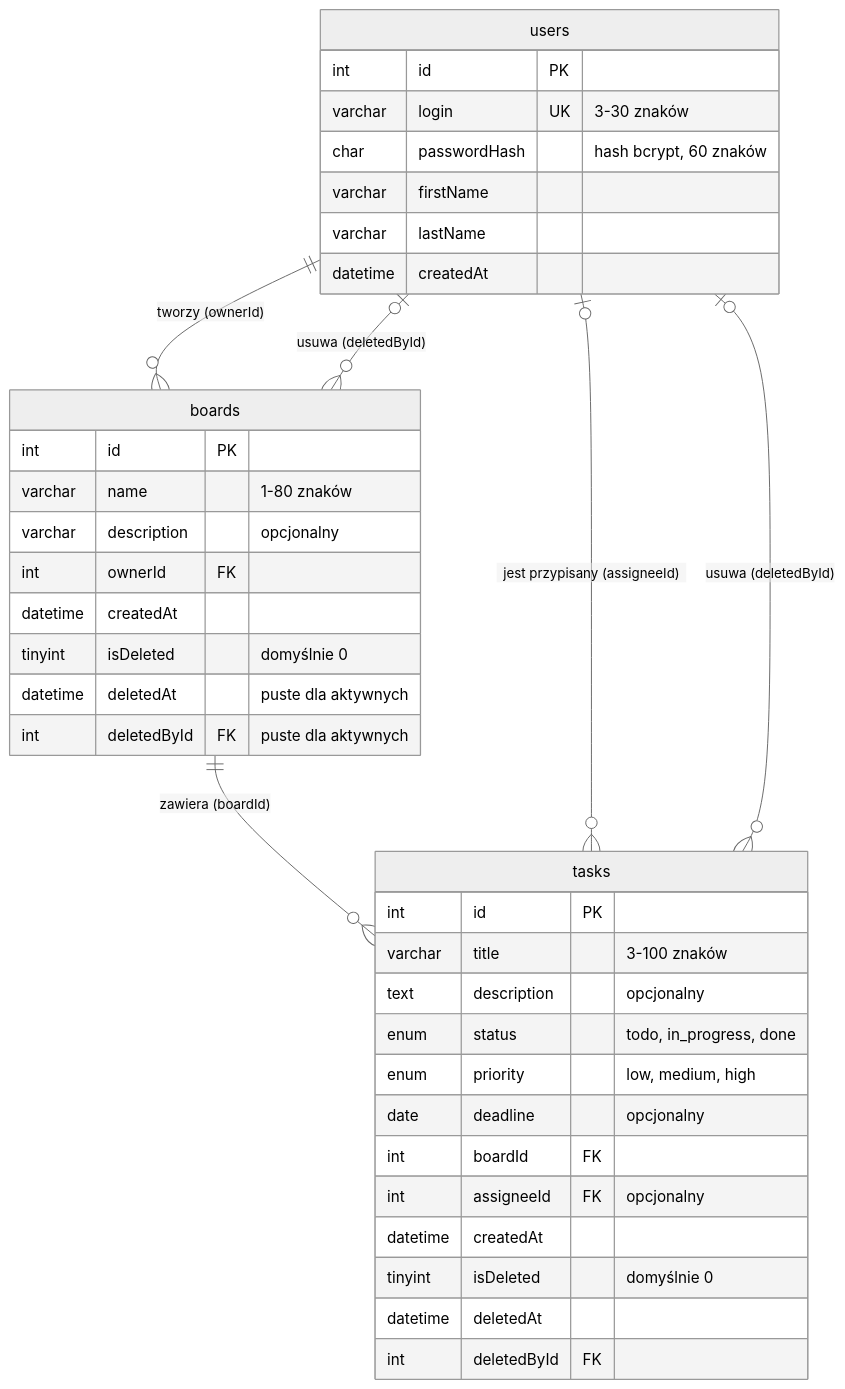
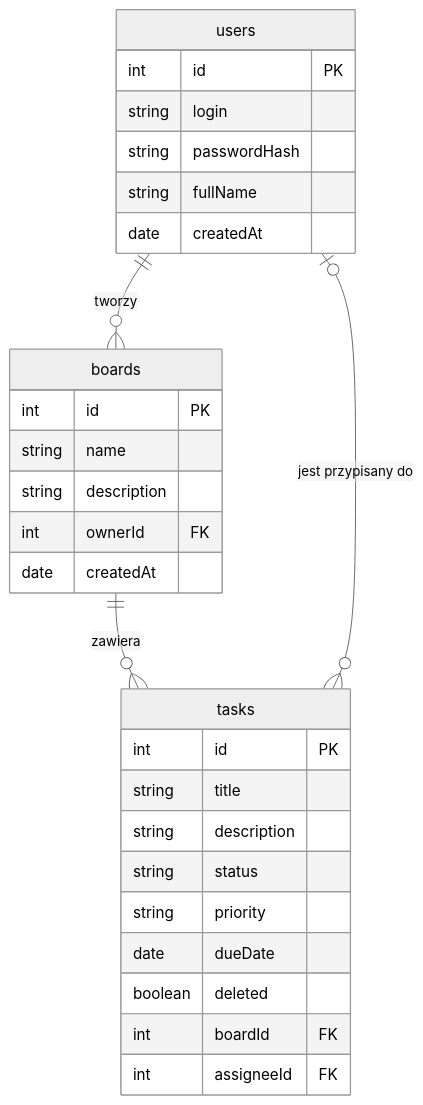
Before and after one commit to arnigget15-source/taskboard-artem-naumenko: the diagram in docs/dane.md, drawn with Mermaid (neutral theme). The commit also changed other lines of this file and 3 other files, not shown here.

````diff
--- a/docs/dane.md
+++ b/docs/dane.md
@@ -79,41 +59,32 @@
 ```mermaid
 erDiagram
-    users ||--o{ boards : "tworzy (ownerId)"
-    boards ||--o{ tasks : "zawiera (boardId)"
-    users |o--o{ tasks : "jest przypisany (assigneeId)"
-    users |o--o{ boards : "usuwa (deletedById)"
-    users |o--o{ tasks : "usuwa (deletedById)"
+    users ||--o{ boards : "tworzy"
+    boards ||--o{ tasks : "zawiera"
+    users |o--o{ tasks : "jest przypisany do"
 
     users {
         int id PK
-        varchar login UK "3-30 znaków"
-        char passwordHash "hash bcrypt, 60 znaków"
-        varchar firstName
-        varchar lastName
-        datetime createdAt
+        string login
+        string passwordHash
+        string fullName
+        date createdAt
     }
     boards {
         int id PK
-        varchar name "1-80 znaków"
-        varchar description "opcjonalny"
+        string name
+        string description
         int ownerId FK
-        datetime createdAt
-        tinyint isDeleted "domyślnie 0"
-        datetime deletedAt "puste dla aktywnych"
-        int deletedById FK "puste dla aktywnych"
+        date createdAt
     }
     tasks {
         int id PK
-        varchar title "3-100 znaków"
-        text description "opcjonalny"
-        enum status "todo, in_progress, done"
-        enum priority "low, medium, high"
-        date deadline "opcjonalny"
+        string title
+        string description
+        string status
+        string priority
+        date dueDate
+        boolean deleted
         int boardId FK
-        int assigneeId FK "opcjonalny"
-        datetime createdAt
-        tinyint isDeleted "domyślnie 0"
-        datetime deletedAt
-        int deletedById FK
+        int assigneeId FK
     }
 ```
````
